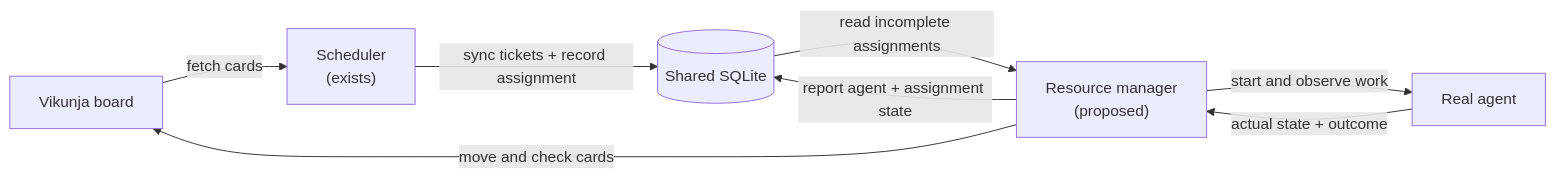
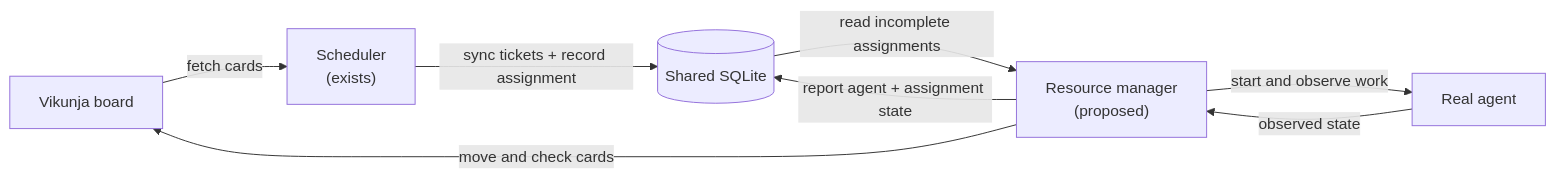
Before and after one commit to lgdelacruz92/agent-team: the first of 3 diagrams in agent-team/apps/agent-resource-manager/docs/flowchart.md, drawn with Mermaid. The commit also changed other lines of this file and 4 other files, not shown here.

````diff
--- a/agent-team/apps/agent-resource-manager/docs/flowchart.md
+++ b/agent-team/apps/agent-resource-manager/docs/flowchart.md
@@ -9,10 +9,10 @@
 ```mermaid
 flowchart LR
     V["Vikunja board"] -->|"fetch cards"| S["Scheduler<br/>(exists)"]
     S -->|"sync tickets + record assignment"| DB[("Shared SQLite")]
     DB -->|"read incomplete assignments"| RM["Resource manager<br/>(proposed)"]
     RM -->|"start and observe work"| A["Real agent"]
-    A -->|"actual state + outcome"| RM
+    A -->|"observed state"| RM
     RM -->|"report agent + assignment state"| DB
     RM -->|"move and check cards"| V
 ```
````
